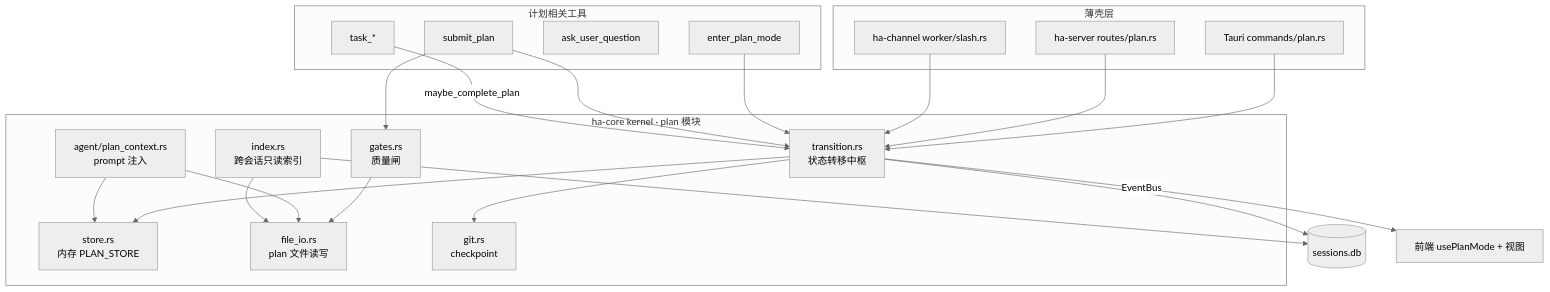
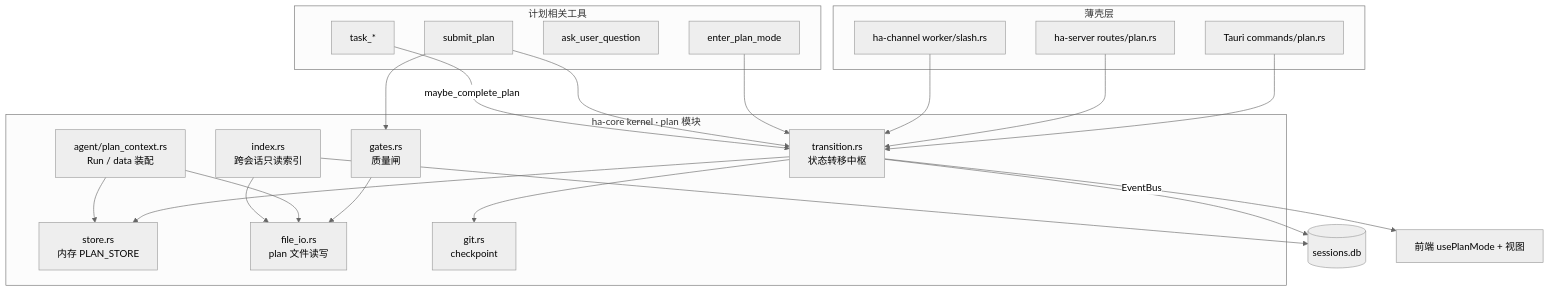
The third of 7 diagrams in mirrors/repos/shiwenwen@hope-agent/docs/architecture/agent/plan-mode.md (gabrielmoreira/agent-skills-mirror), drawn with Mermaid (neutral theme) before and after one commit. The commit also changed other lines of this file and 2625 other files, not shown here.

````diff
--- a/mirrors/repos/shiwenwen@hope-agent/docs/architecture/agent/plan-mode.md
+++ b/mirrors/repos/shiwenwen@hope-agent/docs/architecture/agent/plan-mode.md
@@ -133,41 +133,41 @@
 ```mermaid
 flowchart TB
     subgraph shells[薄壳层]
       T[Tauri commands/plan.rs]
       H[ha-server routes/plan.rs]
       C[ha-channel worker/slash.rs]
     end
     subgraph kernel[ha-core kernel · plan 模块]
       TR[transition.rs<br/>状态转移中枢]
       ST[store.rs<br/>内存 PLAN_STORE]
       FIO[file_io.rs<br/>plan 文件读写]
       GT[gates.rs<br/>质量闸]
       GIT[git.rs<br/>checkpoint]
       IDX[index.rs<br/>跨会话只读索引]
-      CTX[agent/plan_context.rs<br/>prompt 注入]
+      CTX[agent/plan_context.rs<br/>Run / data 装配]
     end
     subgraph tools[计划相关工具]
       EPM[enter_plan_mode]
       SP[submit_plan]
       AUQ[ask_user_question]
       TASK[task_*]
     end
     DB[(sessions.db)]
     FE[前端 usePlanMode + 视图]
 
     T --> TR
     H --> TR
     C --> TR
     EPM --> TR
     SP --> GT --> FIO
     SP --> TR
     TASK -->|maybe_complete_plan| TR
     TR --> ST
     TR --> GIT
     TR --> DB
     TR -->|EventBus| FE
     CTX --> ST
     CTX --> FIO
     IDX --> FIO
     IDX --> DB
 ```
````
